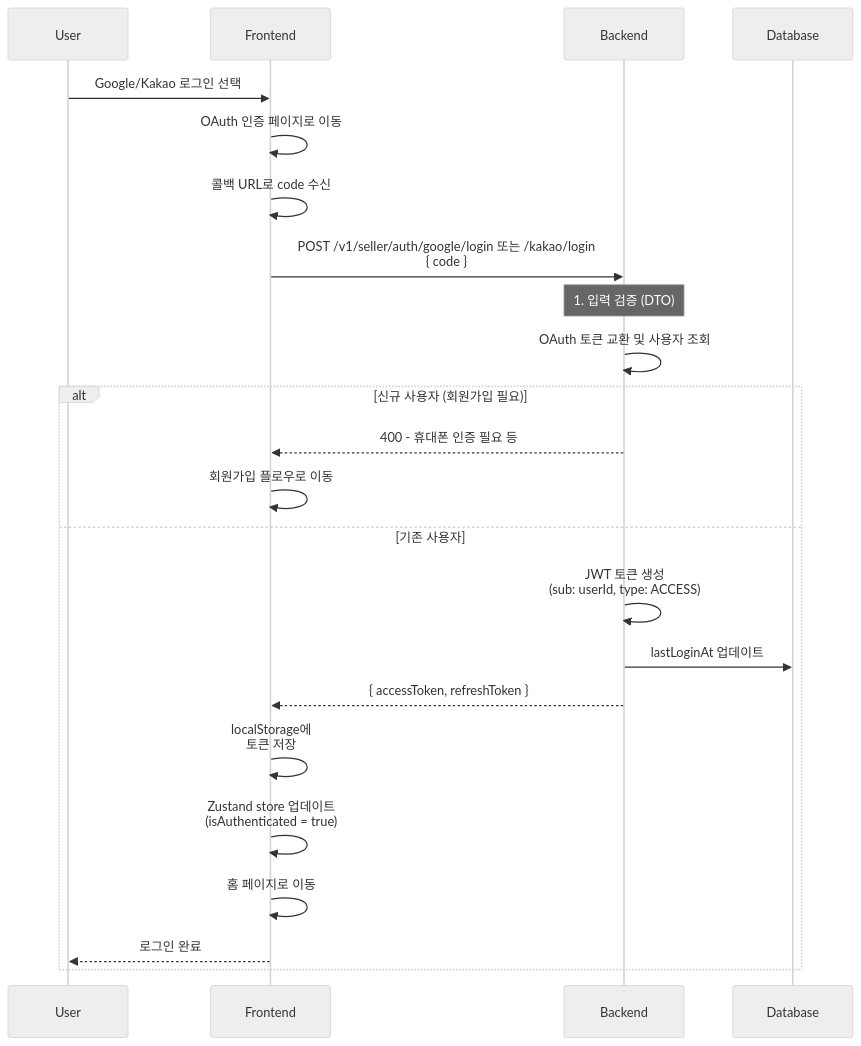
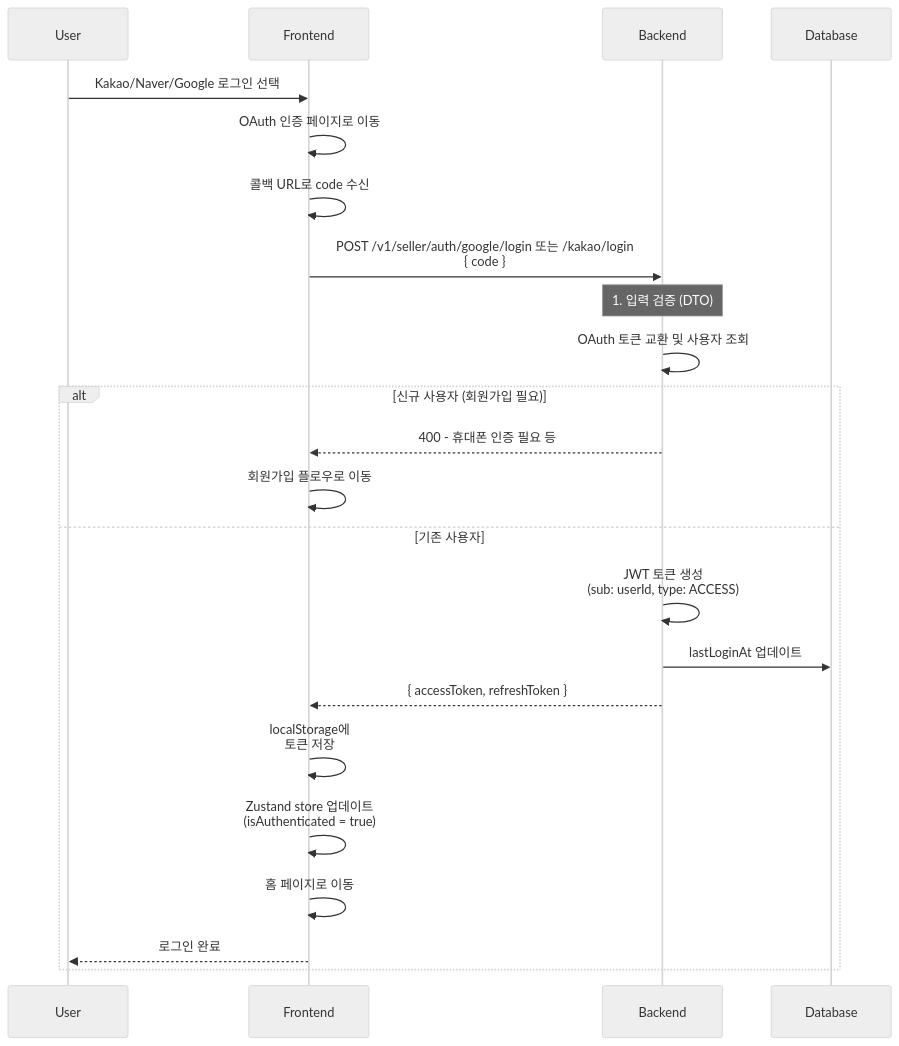
The first of 5 diagrams in docs/common/feature/판매자 인증.md (picake-team/picake-engineering-web), drawn with Mermaid (neutral theme) before and after one commit. The commit also changed 4 other files, not shown here.

````diff
--- a/docs/common/feature/판매자 인증.md
+++ b/docs/common/feature/판매자 인증.md
@@ -20,29 +20,29 @@
 ```mermaid
 sequenceDiagram
     participant U as User
     participant F as Frontend
     participant B as Backend
     participant DB as Database
 
-    U->>F: Google/Kakao 로그인 선택
+    U->>F: Kakao/Naver/Google 로그인 선택
     F->>F: OAuth 인증 페이지로 이동
     F->>F: 콜백 URL로 code 수신
     F->>B: POST /v1/seller/auth/google/login 또는 /kakao/login<br/>{ code }
 
     Note over B: 1. 입력 검증 (DTO)
     B->>B: OAuth 토큰 교환 및 사용자 조회
 
     alt 신규 사용자 (회원가입 필요)
         B-->>F: 400 - 휴대폰 인증 필요 등
         F->>F: 회원가입 플로우로 이동
     else 기존 사용자
         B->>B: JWT 토큰 생성<br/>(sub: userId, type: ACCESS)
         B->>DB: lastLoginAt 업데이트
         B-->>F: { accessToken, refreshToken }
 
         F->>F: localStorage에<br/>토큰 저장
         F->>F: Zustand store 업데이트<br/>(isAuthenticated = true)
         F->>F: 홈 페이지로 이동
         F-->>U: 로그인 완료
     end
 ```
````
